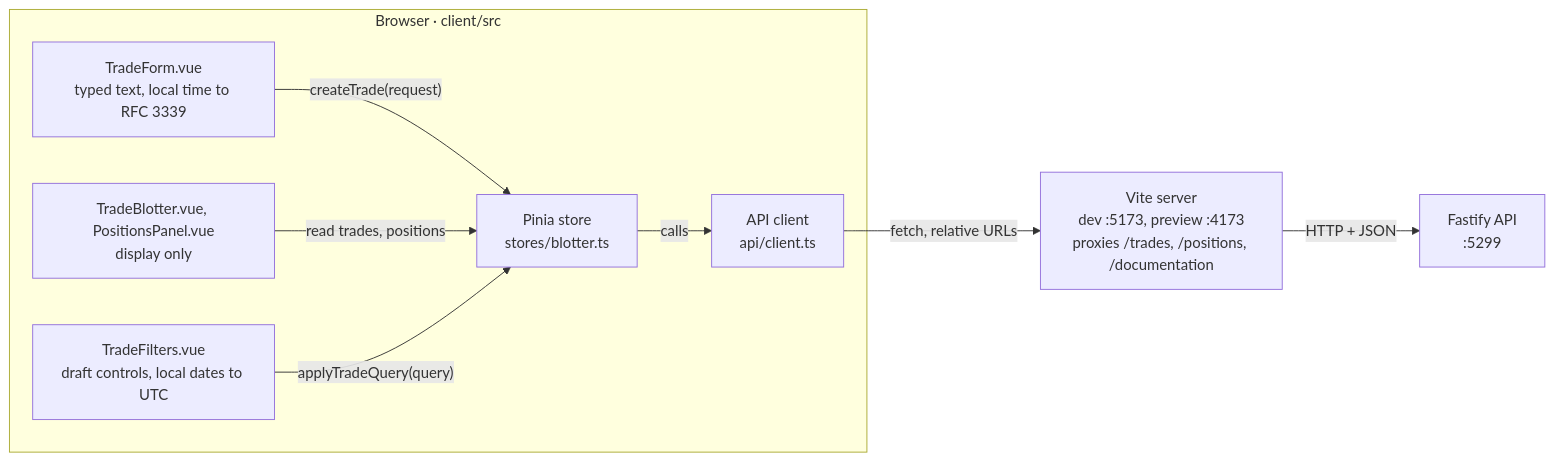
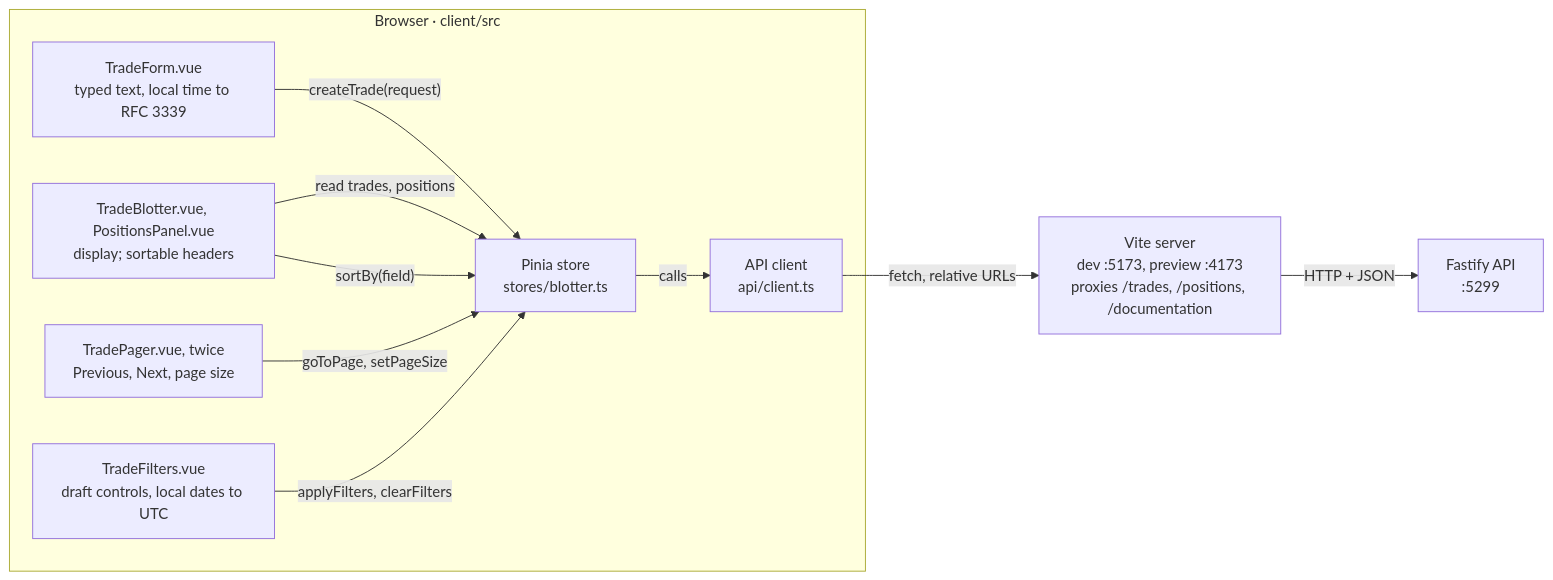
The fifth of 5 diagrams in docs/architecture.md (cs973112/trade-blotter-ts), drawn with Mermaid before and after one commit. The commit also changed other lines of this file and 4 other files, not shown here.

````diff
--- a/docs/architecture.md
+++ b/docs/architecture.md
@@ -814,19 +945,22 @@
 ```mermaid
 flowchart LR
     subgraph BROWSER["Browser · client/src"]
         FORM["TradeForm.vue<br/>typed text, local time to RFC 3339"]
-        TABLES["TradeBlotter.vue, PositionsPanel.vue<br/>display only"]
+        TABLES["TradeBlotter.vue, PositionsPanel.vue<br/>display; sortable headers"]
+        PAGER["TradePager.vue, twice<br/>Previous, Next, page size"]
         FILTERS["TradeFilters.vue<br/>draft controls, local dates to UTC"]
         STORE["Pinia store<br/>stores/blotter.ts"]
         CLIENT["API client<br/>api/client.ts"]
     end
     VITE["Vite server<br/>dev :5173, preview :4173<br/>proxies /trades, /positions, /documentation"]
     API["Fastify API<br/>:5299"]
 
     FORM -->|"createTrade(request)"| STORE
     TABLES -->|"read trades, positions"| STORE
-    FILTERS -->|"applyTradeQuery(query)"| STORE
+    FILTERS -->|"applyFilters, clearFilters"| STORE
+    TABLES -->|"sortBy(field)"| STORE
+    PAGER -->|"goToPage, setPageSize"| STORE
     STORE -->|"calls"| CLIENT
     CLIENT -->|"fetch, relative URLs"| VITE
     VITE -->|"HTTP + JSON"| API
 ```
````
